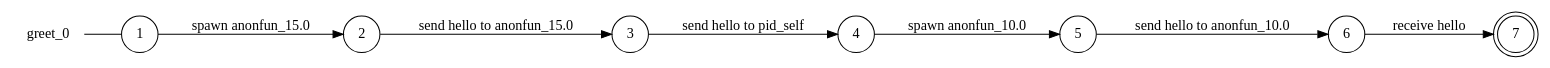
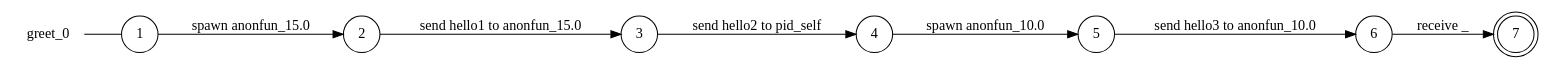
Before and after one commit to gabrielegenovese/chorer: the diagram in examples/high-order-fun/greet_0_local_view.dot, drawn with Graphviz. The commit also changed 44 other files, not shown here.

```diff
--- a/examples/high-order-fun/greet_0_local_view.dot
+++ b/examples/high-order-fun/greet_0_local_view.dot
@@ -1,19 +1,19 @@
 digraph greet_0 {
 	rankdir="LR";
 	n_0 [label="greet_0", shape="plaintext"];
 	n_1 [id="5", shape=circle, label="4"];
 	n_2 [id="1", shape=circle, label="1"];
 	n_0 -> n_2 [arrowhead=none];
 	n_3 [id="2", shape=doublecircle, label="7"];
 	n_4 [id="8", shape=circle, label="3"];
 	n_5 [id="4", shape=circle, label="6"];
 	n_6 [id="7", shape=circle, label="5"];
 	n_7 [id="3", shape=circle, label="2"];
 
-	n_6 -> n_5 [id="[$e|7]", label="send hello to anonfun_10.0"];
-	n_7 -> n_4 [id="[$e|3]", label="send hello to anonfun_15.0"];
+	n_6 -> n_5 [id="[$e|7]", label="send hello3 to anonfun_10.0"];
 	n_1 -> n_6 [id="[$e|6]", label="spawn anonfun_10.0"];
-	n_5 -> n_3 [id="[$e|5]", label="receive hello"];
-	n_2 -> n_7 [id="[$e|1]", label="spawn anonfun_15.0"];
-	n_4 -> n_1 [id="[$e|4]", label="send hello to pid_self"];
+	n_4 -> n_1 [id="[$e|0]", label="send hello2 to pid_self"];
+	n_5 -> n_3 [id="[$e|1]", label="receive _"];
+	n_7 -> n_4 [id="[$e|4]", label="send hello1 to anonfun_15.0"];
+	n_2 -> n_7 [id="[$e|2]", label="spawn anonfun_15.0"];
 }
```
